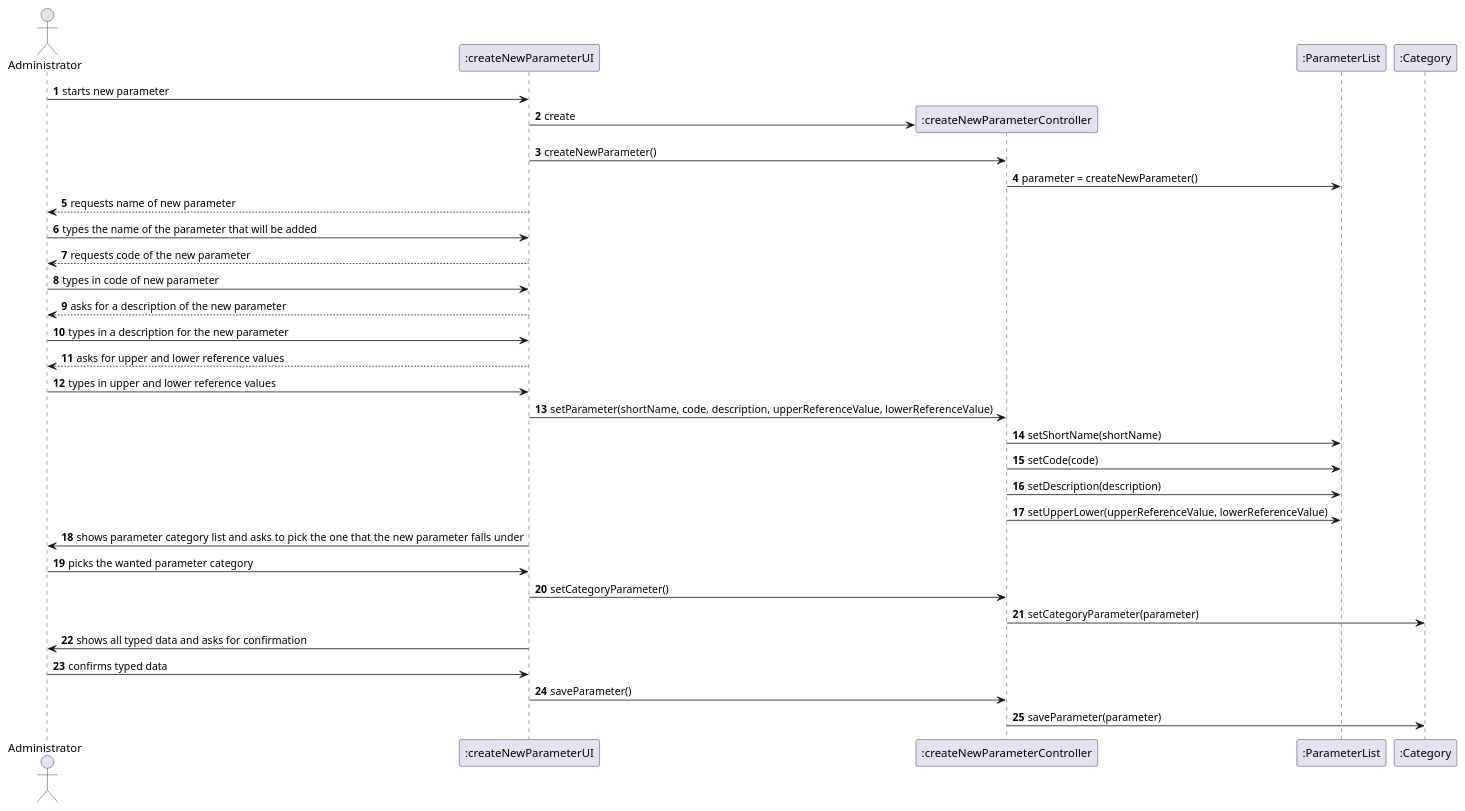
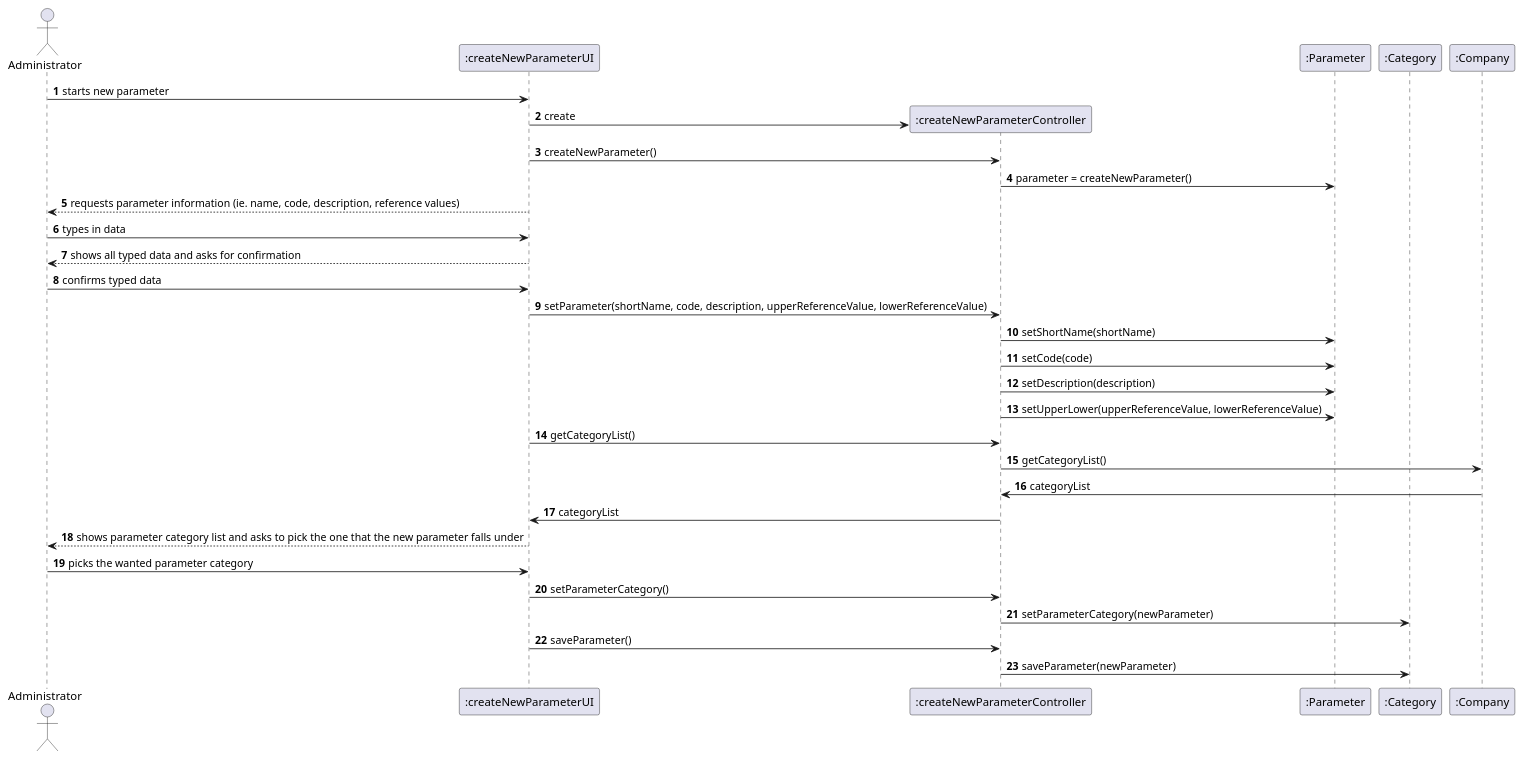
The diagram in docs/SprintB/US10/US10_SD.puml (MadDinosaur/ISEP-LAPR2), drawn with PlantUML before and after one commit. The commit also changed 13 other files, not shown here.

Commit message:
Updated Engineering requirements, SSD, SD and CD. Started Parameter, Category, CreateNEwParameterUI and Controller and Exception classes

```diff
--- a/docs/SprintB/US10/US10_SD.puml
+++ b/docs/SprintB/US10/US10_SD.puml
@@ -1,39 +1,39 @@
 @startuml
 
 autonumber
 
 actor Administrator as admin
 participant ":createNewParameterUI" as UI
 participant ":createNewParameterController" as Controller
-participant ":ParameterList" as param
+participant ":Parameter" as param
 participant ":Category" as cat
+participant ":Company" as comp
 
 admin -> UI: starts new parameter
 create Controller
 UI -> Controller: create
 UI -> Controller: createNewParameter()
 Controller -> param: parameter = createNewParameter()
-UI --> admin: requests name of new parameter
-admin -> UI: types the name of the parameter that will be added
-UI --> admin: requests code of the new parameter
-admin -> UI: types in code of new parameter
-UI --> admin: asks for a description of the new parameter
-admin -> UI: types in a description for the new parameter
-UI --> admin: asks for upper and lower reference values
-admin -> UI: types in upper and lower reference values
+UI --> admin: requests parameter information (ie. name, code, description, reference values)
+admin -> UI: types in data
+UI --> admin: shows all typed data and asks for confirmation
+admin -> UI: confirms typed data
 UI -> Controller: setParameter(shortName, code, description, upperReferenceValue, lowerReferenceValue)
 Controller -> param: setShortName(shortName)
 Controller -> param: setCode(code)
 Controller -> param: setDescription(description)
 Controller -> param: setUpperLower(upperReferenceValue, lowerReferenceValue)
-UI -> admin: shows parameter category list and asks to pick the one that the new parameter falls under
+UI -> Controller: getCategoryList()
+Controller -> comp: getCategoryList()
+comp -> Controller: categoryList
+Controller -> UI: categoryList
+UI --> admin: shows parameter category list and asks to pick the one that the new parameter falls under
 admin -> UI: picks the wanted parameter category
-UI -> Controller: setCategoryParameter()
-Controller -> cat: setCategoryParameter(parameter)
-UI -> admin: shows all typed data and asks for confirmation
-admin -> UI: confirms typed data
+UI -> Controller: setParameterCategory()
+Controller -> cat: setParameterCategory(newParameter)
 UI -> Controller: saveParameter()
-Controller -> cat: saveParameter(parameter)
+Controller -> cat: saveParameter(newParameter)
+
 
 
 @enduml
```
